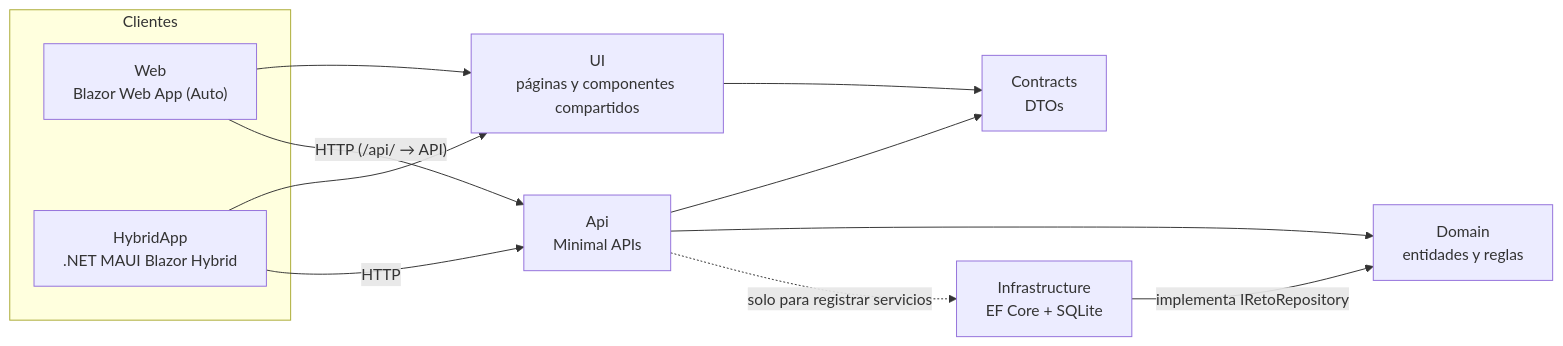
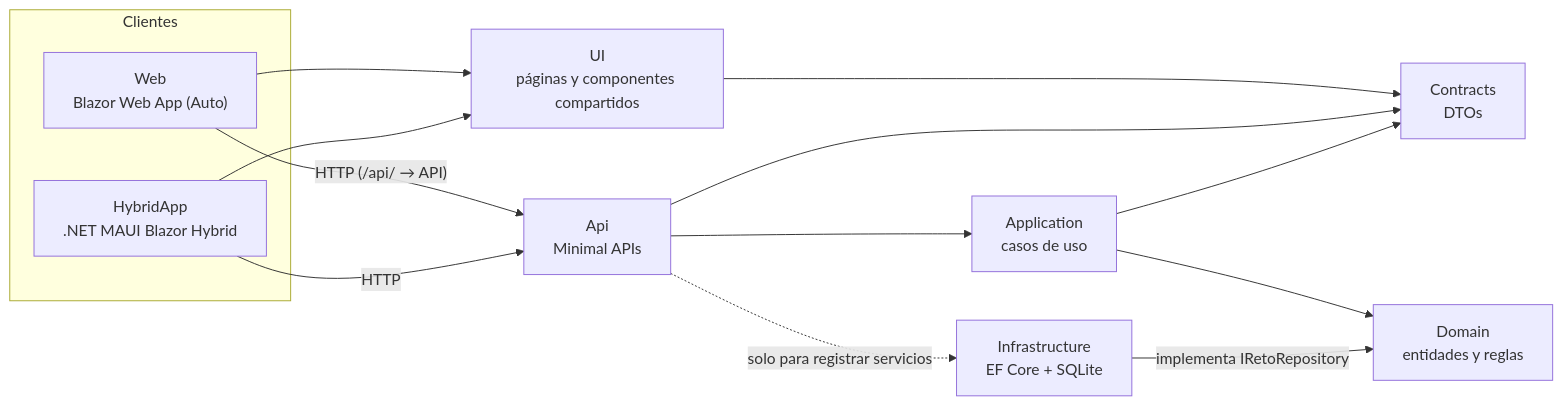
The diagram in README.md (brianpl990227/CommunityHub), drawn with Mermaid before and after one commit. The commit also changed other lines of this file and 17 other files, not shown here.

````diff
--- a/README.md
+++ b/README.md
@@ -33,22 +33,25 @@
 ```mermaid
 flowchart LR
     subgraph Clientes
         Web["Web<br/>Blazor Web App (Auto)"]
         App["HybridApp<br/>.NET MAUI Blazor Hybrid"]
     end
     UI["UI<br/>páginas y componentes compartidos"]
     Api["Api<br/>Minimal APIs"]
+    App2["Application<br/>casos de uso"]
     Infra["Infrastructure<br/>EF Core + SQLite"]
     Dominio["Domain<br/>entidades y reglas"]
     Contracts["Contracts<br/>DTOs"]
 
     Web --> UI
     App --> UI
     UI --> Contracts
     Web -- "HTTP (/api/ → API)" --> Api
     App -- HTTP --> Api
     Api --> Contracts
-    Api --> Dominio
+    Api --> App2
+    App2 --> Dominio
+    App2 --> Contracts
     Infra -- "implementa IRetoRepository" --> Dominio
     Api -. "solo para registrar servicios" .-> Infra
 ```
````
